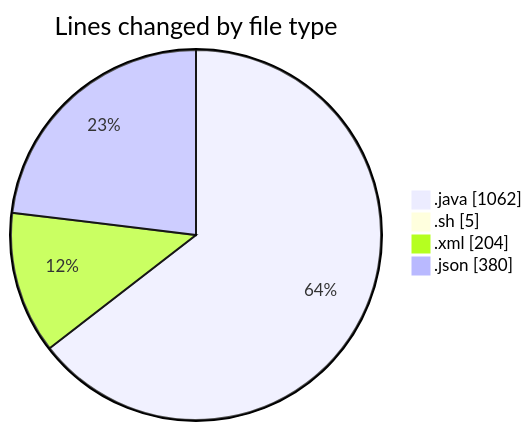
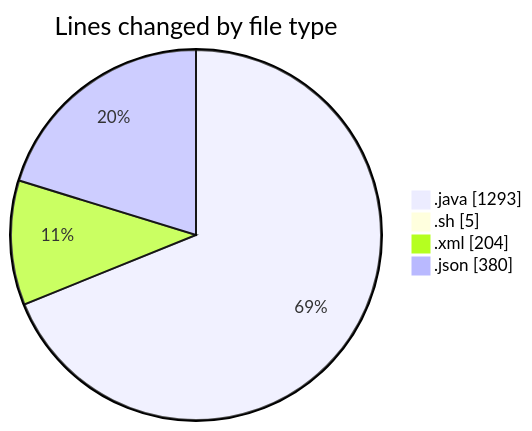
The first of 2 diagrams in 2025-02-19/micros/README.md (charlie-sans/code-tracking), drawn with Mermaid before and after one commit. The commit also changed other lines of this file and 1 other file, not shown here.

````diff
--- a/2025-02-19/micros/README.md
+++ b/2025-02-19/micros/README.md
@@ -30,8 +31,8 @@
 ```mermaid
 pie showData
 title Lines changed by file type
-".java" : 1062
+".java" : 1293
 ".sh" : 5
 ".xml" : 204
 ".json" : 380
 ```
````
